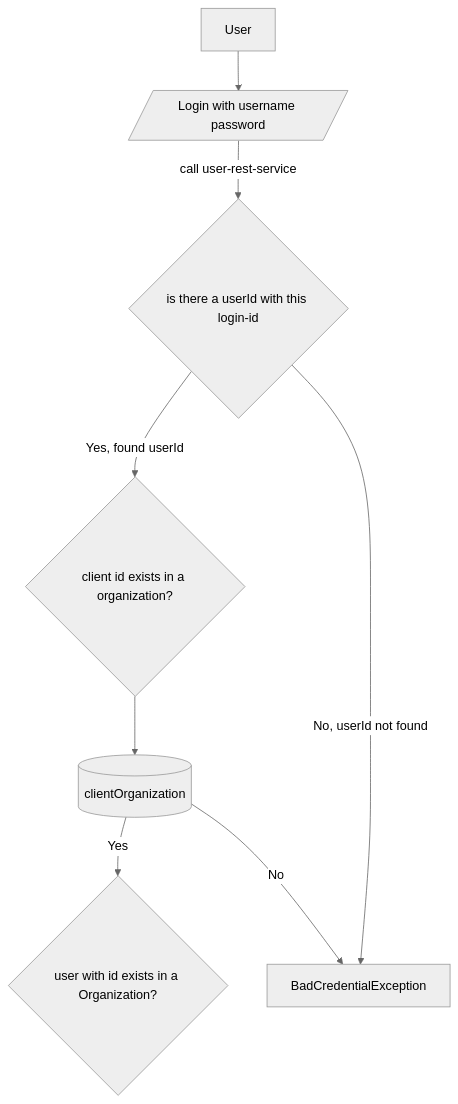
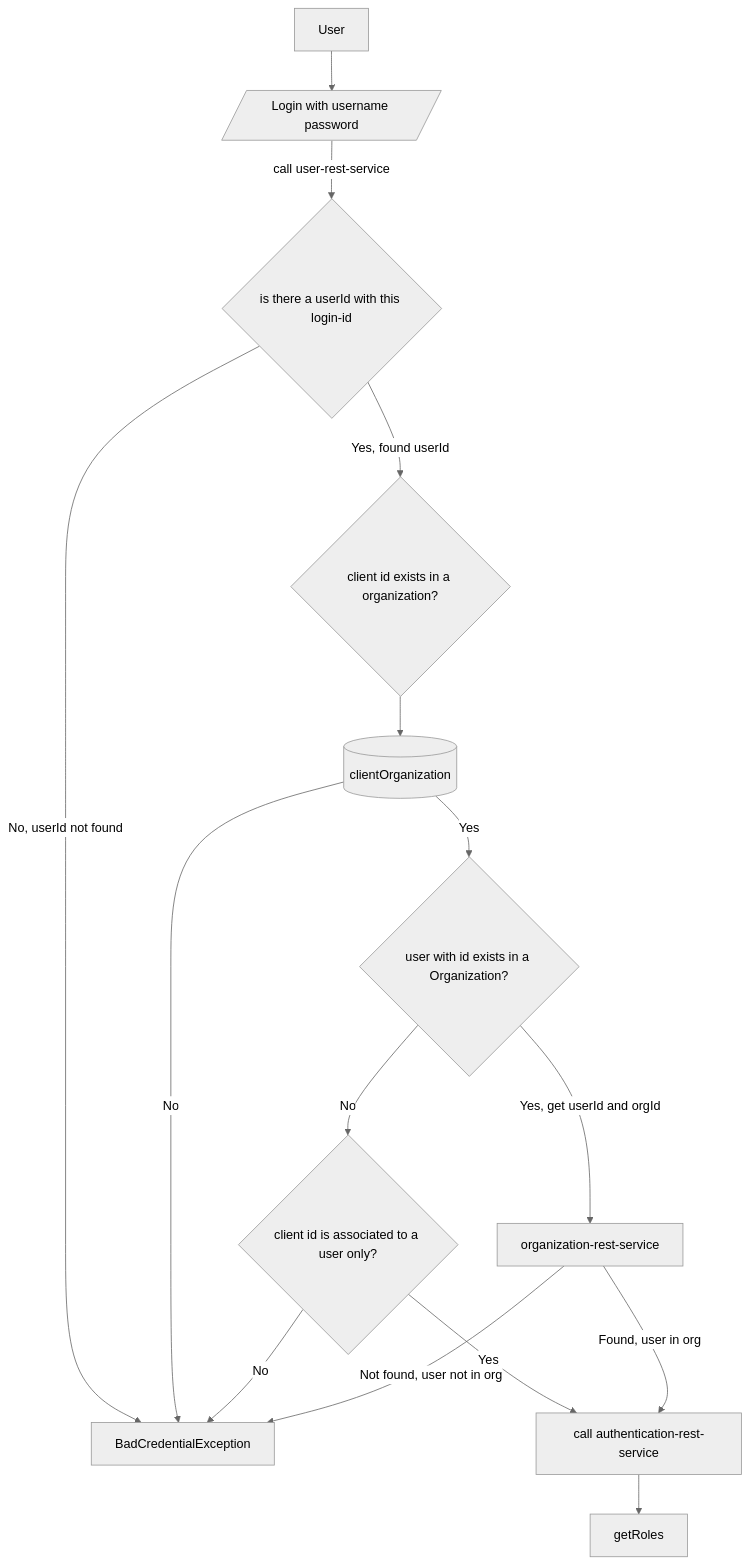
The diagram in README.md (sonamsamdupkhangsar/spring-authorization-serve), drawn with Mermaid (neutral theme) before and after one commit.

Commit message:
commit reademe

````diff
--- a/README.md
+++ b/README.md
@@ -35,12 +35,18 @@
 ```mermaid
 flowchart TD
  User -->login[/Login with username password/]
  login --"call user-rest-service"--> getUserId{is there a userId with this login-id}
  getUserId -->|Yes, found userId|checkClientInOrg{client id exists in a organization?}
  getUserId -->|No, userId not found|returnError[BadCredentialException]
  checkClientInOrg --> clientOrganizationTable[(clientOrganization)]
  clientOrganizationTable -->|Yes| userExistsInOrg{user with id exists in a Organization?}
  clientOrganizationTable -->|No| returnError
  
-
+ userExistsInOrg -->|Yes, get userId and orgId|organizationRestService["organization-rest-service"]
+ userExistsInOrg -->|No|checkClientUserAssociation{client id is associated to a user only?}
+ checkClientUserAssociation -->|Yes| authenticate
+ checkClientUserAssociation -->|No| returnError
+ organizationRestService -->|Found, user in org|authenticate["call authentication-rest-service"]
+ organizationRestService -->|Not found, user not in org| returnError
+ authenticate --> getRoles
 ```
````
